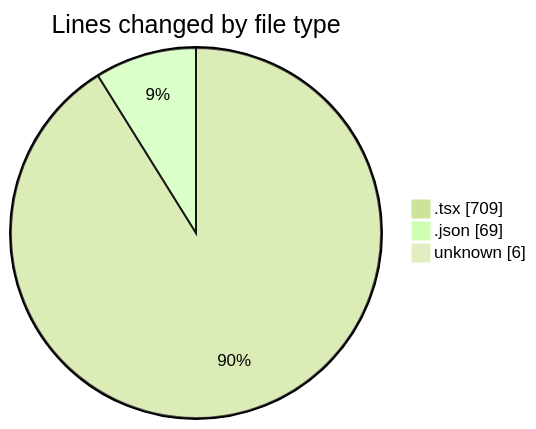
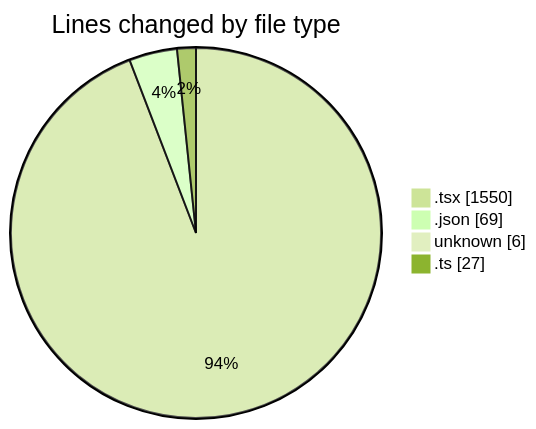
The first of 2 diagrams in 2025-01-03/tinycms/README.md (ernivani/code-tracking), drawn with Mermaid (forest theme) before and after one commit. The commit also changed other lines of this file and 2 other files, not shown here.

````diff
--- a/2025-01-03/tinycms/README.md
+++ b/2025-01-03/tinycms/README.md
@@ -25,7 +28,8 @@
 ```mermaid
 pie showData
 title Lines changed by file type
-".tsx" : 709
+".tsx" : 1550
 ".json" : 69
 "unknown" : 6
+".ts" : 27
 ```
````
